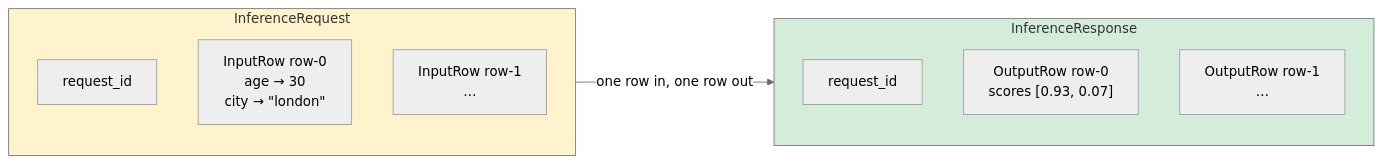
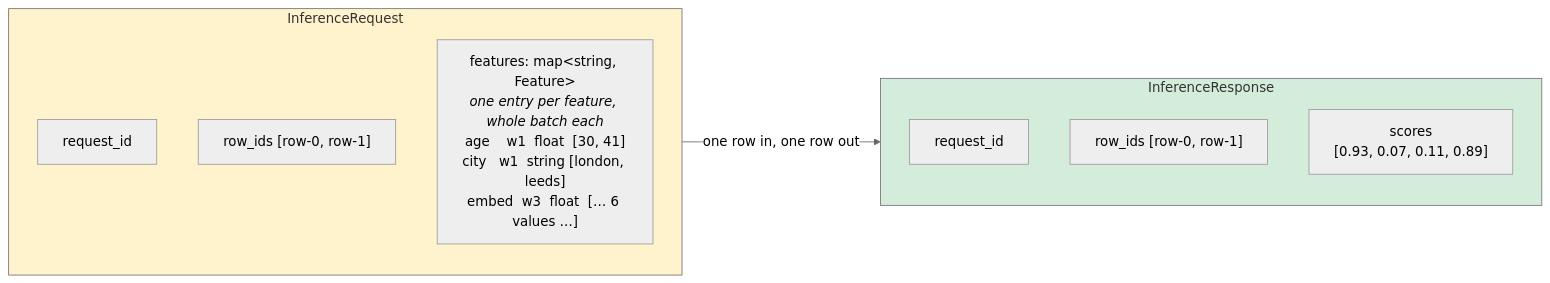
One commit to PratikBarhate/hushar changed the third of 3 diagrams in README.md. Above: the diagram before and after it, drawn with Mermaid (neutral theme). The commit also changed other lines of this file and 72 other files, not shown here.

````diff
--- a/README.md
+++ b/README.md
@@ -146,18 +146,18 @@
 ```mermaid
 flowchart LR
   subgraph req["InferenceRequest"]
     direction TB
     rid["request_id"]
-    r0["InputRow row-0<br/>age → 30<br/>city → &quot;london&quot;"]
-    r1["InputRow row-1<br/>…"]
+    ids["row_ids [row-0, row-1]"]
+    arw["features: map&lt;string, Feature&gt;<br/><i>one entry per feature, whole batch each</i><br/>age    w1  float  [30, 41]<br/>city   w1  string [london, leeds]<br/>embed  w3  float  [… 6 values …]"]
   end
   subgraph res["InferenceResponse"]
     direction TB
     sid["request_id"]
-    o0["OutputRow row-0<br/>scores [0.93, 0.07]"]
-    o1["OutputRow row-1<br/>…"]
+    oids["row_ids [row-0, row-1]"]
+    osc["scores<br/>[0.93, 0.07, 0.11, 0.89]"]
   end
   req -->|"one row in, one row out"| res
   style req fill:#fff3cd
   style res fill:#d4edda
 ```
````
